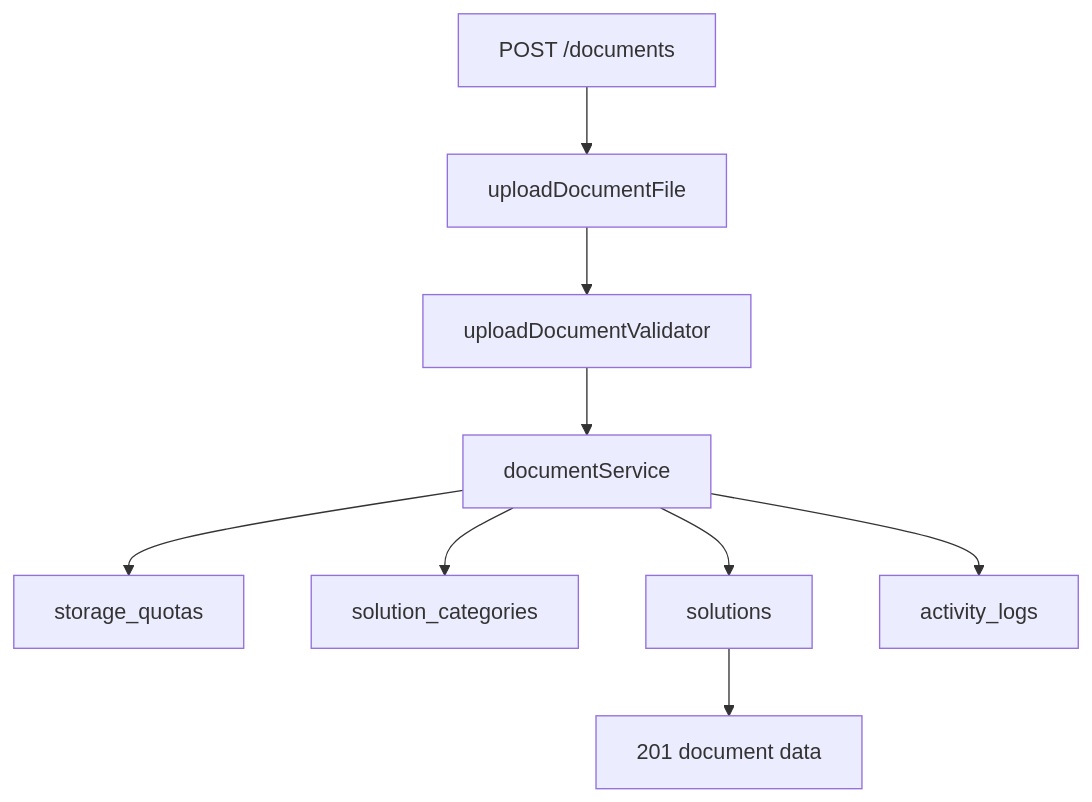
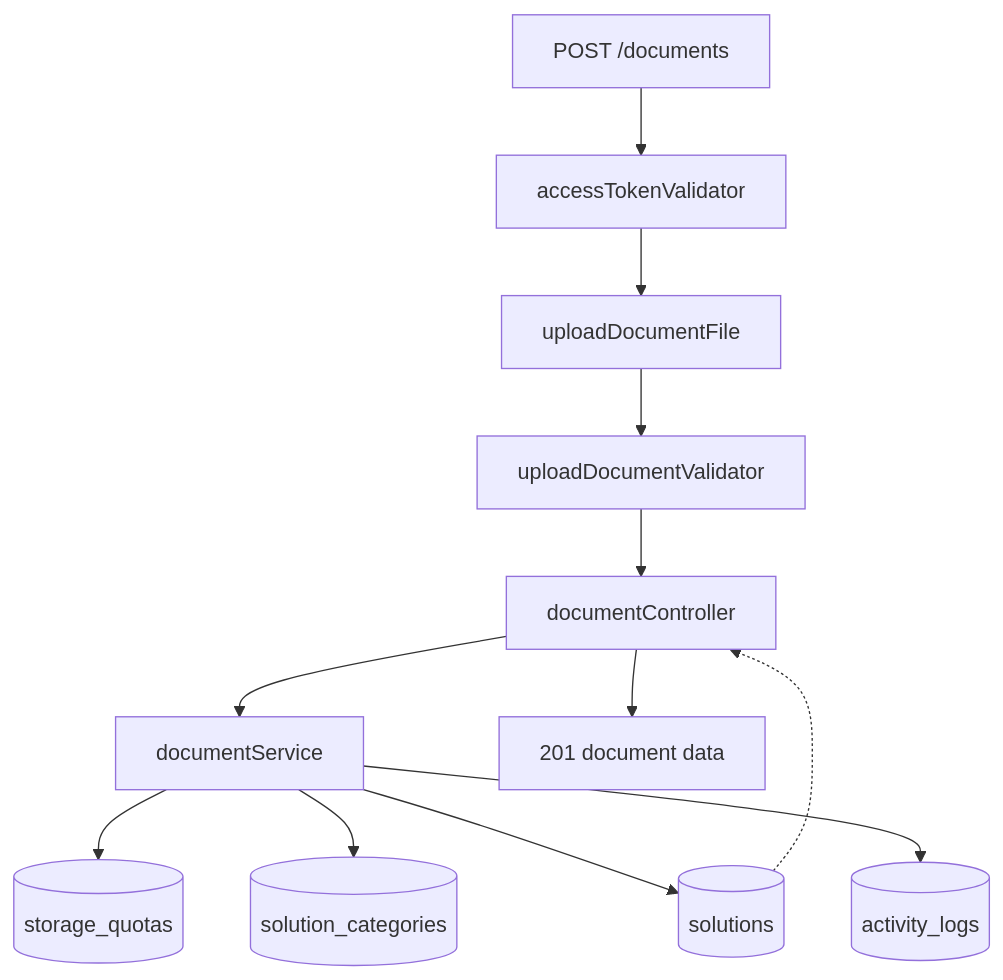
Before and after one commit to Hiamoutgame/AI-Study-Hub: the first of 2 diagrams in docs/endpoint-flows/03-document-management.md, drawn with Mermaid. The commit also changed other lines of this file and 12 other files, not shown here.

````diff
--- a/docs/endpoint-flows/03-document-management.md
+++ b/docs/endpoint-flows/03-document-management.md
@@ -37,11 +37,14 @@
 ```mermaid
 flowchart TD
-  Upload[POST /documents] --> Multer[uploadDocumentFile]
+  Upload[POST /documents] --> Auth[accessTokenValidator]
+  Auth --> Multer[uploadDocumentFile]
   Multer --> Validate[uploadDocumentValidator]
-  Validate --> Service[documentService]
-  Service --> Quota[storage_quotas]
-  Service --> Category[solution_categories]
-  Service --> Solution[solutions]
-  Service --> Log[activity_logs]
-  Solution --> Response[201 document data]
+  Validate --> Controller[documentController]
+  Controller --> Service[documentService]
+  Service --> Quota[(storage_quotas)]
+  Service --> Category[(solution_categories)]
+  Service --> Solution[(solutions)]
+  Service --> Log[(activity_logs)]
+  Solution -.-> Controller
+  Controller --> Response[201 document data]
 ```
````
